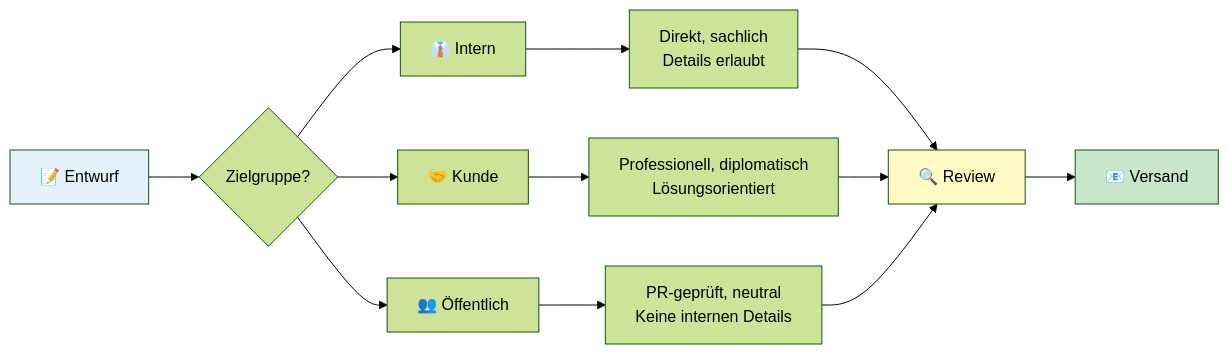
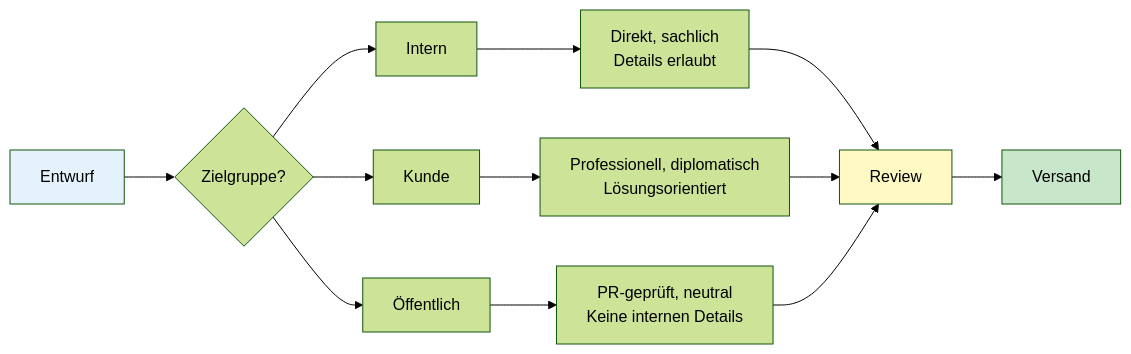
The first of 4 diagrams in office_de.md (justinsz/ProPrompt), drawn with Mermaid (forest theme) before and after one commit. The commit also changed other lines of this file and 11 other files, not shown here.

````diff
--- a/office_de.md
+++ b/office_de.md
@@ -104,18 +104,18 @@
 ```mermaid
 flowchart LR
-    A[📝 Entwurf] --> B{Zielgruppe?}
-    B --> C[👔 Intern]
-    B --> D[🤝 Kunde]
-    B --> E[👥 Öffentlich]
-    
+    A[Entwurf] --> B{Zielgruppe?}
+    B --> C[Intern]
+    B --> D[Kunde]
+    B --> E[Öffentlich]
+
     C --> C1[Direkt, sachlich<br/>Details erlaubt]
     D --> D1[Professionell, diplomatisch<br/>Lösungsorientiert]
     E --> E1[PR-geprüft, neutral<br/>Keine internen Details]
-    
-    C1 & D1 & E1 --> F[🔍 Review]
-    F --> G[📧 Versand]
-    
+
+    C1 & D1 & E1 --> F[Review]
+    F --> G[Versand]
+
     style A fill:#e3f2fd
     style F fill:#fff9c4
     style G fill:#c8e6c9
 ```
````
